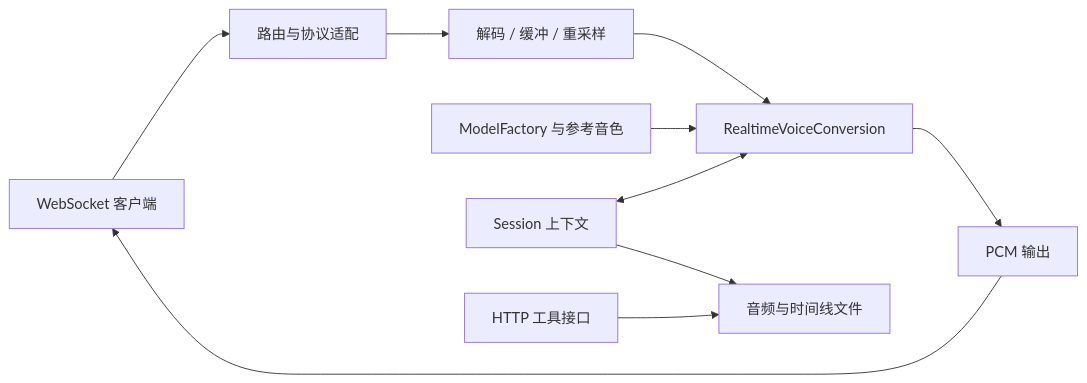
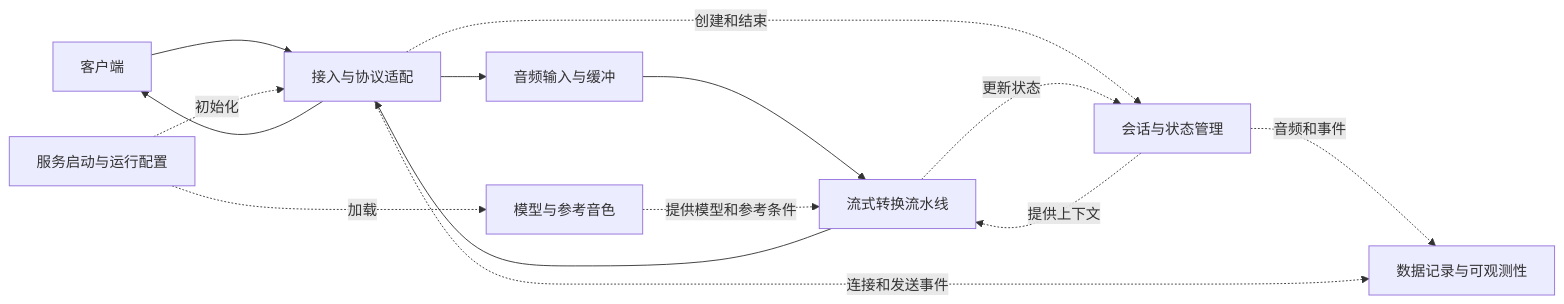
One commit to Leroll/fast-vc-service changed the diagram in docs/design/总体设计.md. Above: the diagram before and after it, drawn with Mermaid. The commit also changed other lines of this file and 22 other files, not shown here.

````diff
--- a/docs/design/总体设计.md
+++ b/docs/design/总体设计.md
@@ -11,12 +27,16 @@
 ```mermaid
 flowchart LR
-    Client[WebSocket 客户端] --> WS[路由与协议适配]
-    WS --> Buffer[解码 / 缓冲 / 重采样]
-    Buffer --> VC[RealtimeVoiceConversion]
-    Models[ModelFactory 与参考音色] --> VC
-    Session[Session 上下文] <--> VC
-    VC --> PCM[PCM 输出]
-    PCM --> Client
-    Session --> Files[音频与时间线文件]
-    HTTP[HTTP 工具接口] --> Files
+    Client[客户端] --> Access[接入与协议适配]
+    Access --> Buffer[音频输入与缓冲]
+    Buffer --> Pipeline[流式转换流水线]
+    Pipeline --> Access
+    Access --> Client
+    Runtime[服务启动与运行配置] -. 初始化 .-> Access
+    Runtime -. 加载 .-> Models[模型与参考音色]
+    Models -. 提供模型和参考条件 .-> Pipeline
+    Access -. 创建和结束 .-> Session[会话与状态管理]
+    Session -. 提供上下文 .-> Pipeline
+    Pipeline -. 更新状态 .-> Session
+    Session -. 音频和事件 .-> Records[数据记录与可观测性]
+    Access -. 连接和发送事件 .-> Records
 ```
````
